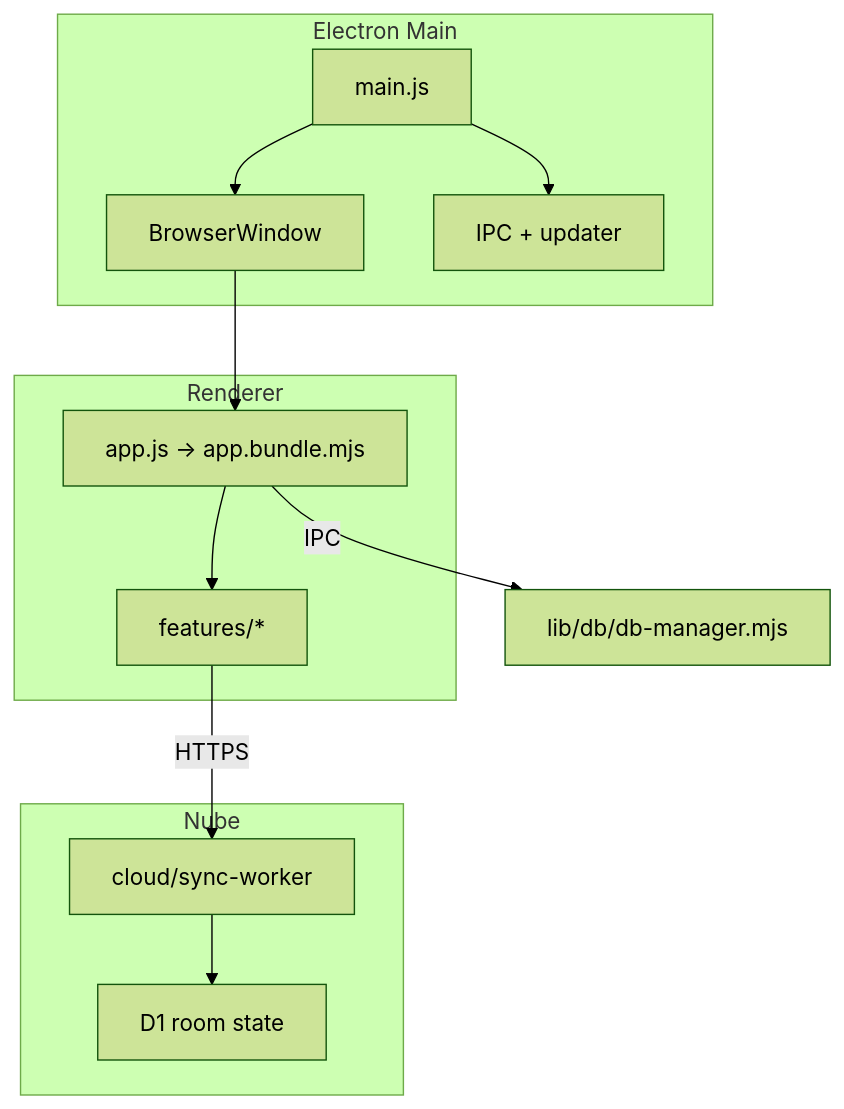
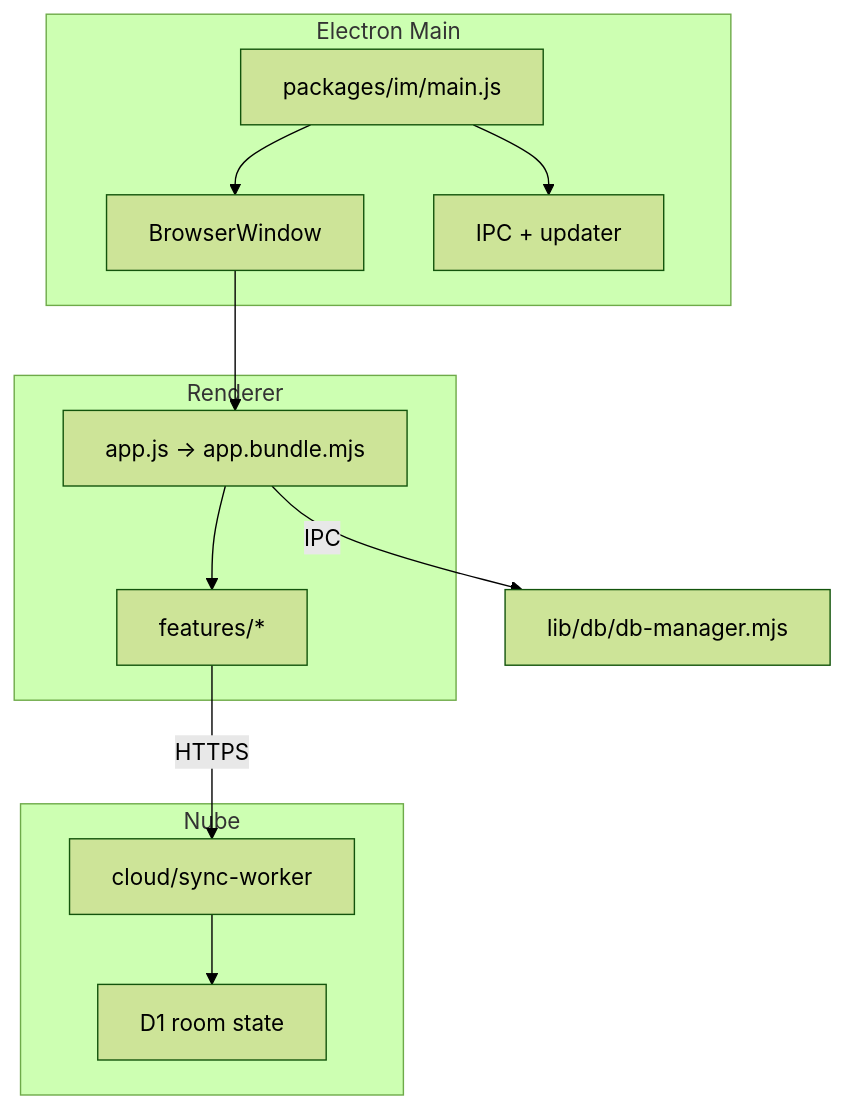
One commit to mausalas99/r-mas changed the diagram in docs/core/08-core-architecture.md. Above: the diagram before and after it, drawn with Mermaid (forest theme). The commit also changed other lines of this file and 7 other files, not shown here.

````diff
--- a/docs/core/08-core-architecture.md
+++ b/docs/core/08-core-architecture.md
@@ -13,20 +13,20 @@
 ```mermaid
 flowchart TB
   subgraph electron [Electron Main]
-    M[main.js]
+    M[packages/im/main.js]
     M --> W[BrowserWindow]
     M --> IPC[IPC + updater]
   end
   subgraph renderer [Renderer]
     APP[app.js → app.bundle.mjs]
     APP --> FEAT[features/*]
   end
   subgraph nube [Nube]
     SW[cloud/sync-worker]
     D1[D1 room state]
   end
   W --> APP
   APP -->|IPC| DBM[lib/db/db-manager.mjs]
   FEAT -->|HTTPS| SW
   SW --> D1
 ```
````
